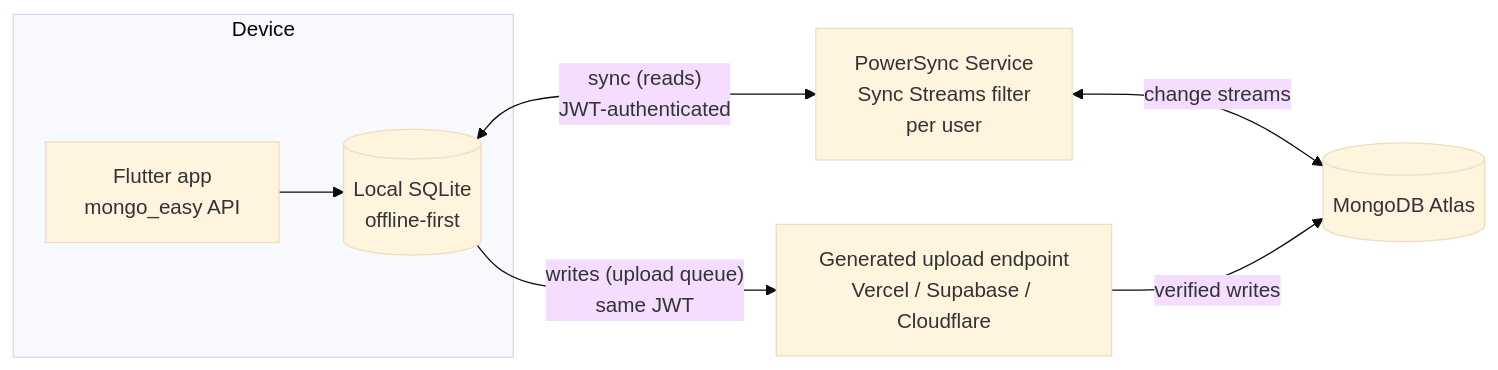
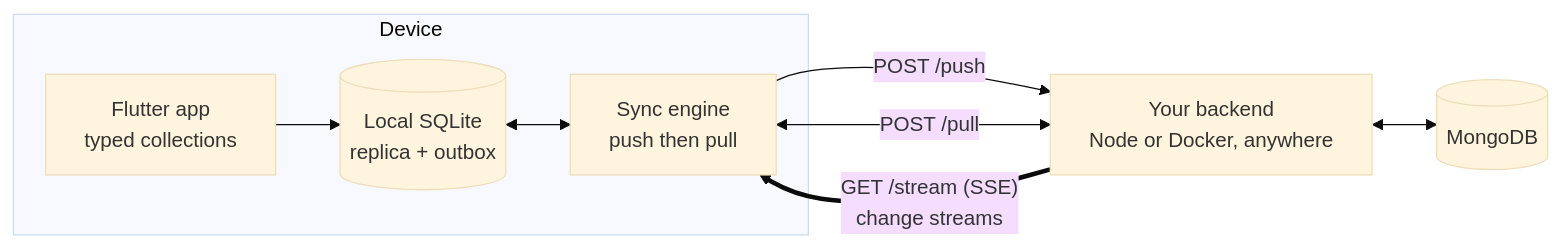
Before and after one commit to ybenjaa-dev/onebase: the diagram in README.md, drawn with Mermaid (base theme). The commit also changed other lines of this file and 97 other files, not shown here.

````diff
--- a/README.md
+++ b/README.md
@@ -38,10 +38,11 @@
 ```mermaid
 flowchart LR
     subgraph Device
-        A[Flutter app<br/>mongo_easy API] --> B[(Local SQLite<br/>offline-first)]
+        A[Flutter app<br/>typed collections] --> B[(Local SQLite<br/>replica + outbox)]
+        B <--> S[Sync engine<br/>push then pull]
     end
-    B <-->|"sync (reads)<br/>JWT-authenticated"| C[PowerSync Service<br/>Sync Streams filter<br/>per user]
-    B -->|"writes (upload queue)<br/>same JWT"| D[Generated upload endpoint<br/>Vercel / Supabase / Cloudflare]
-    C <-->|change streams| E[(MongoDB Atlas)]
-    D -->|verified writes| E
+    S -->|"POST /push"| D[Your backend<br/>Node or Docker, anywhere]
+    S <-->|"POST /pull"| D
+    D ==>|"GET /stream (SSE)<br/>change streams"| S
+    D <--> E[(MongoDB)]
 ```
````
